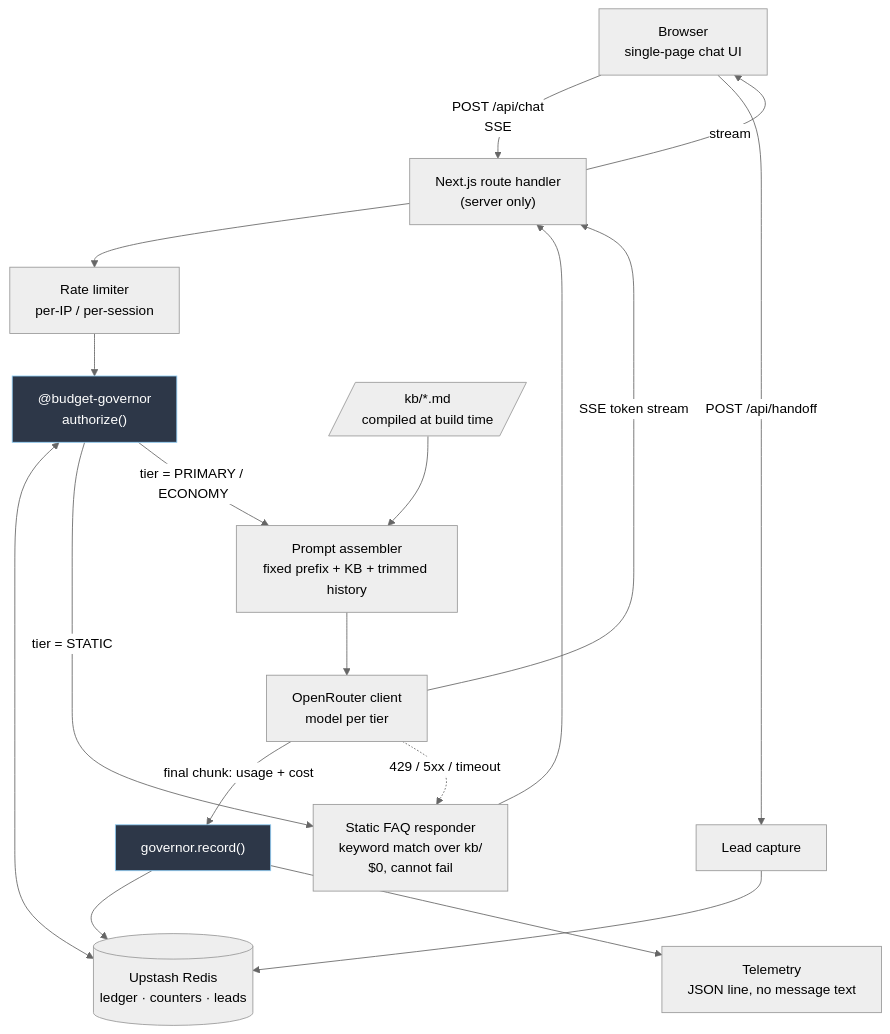
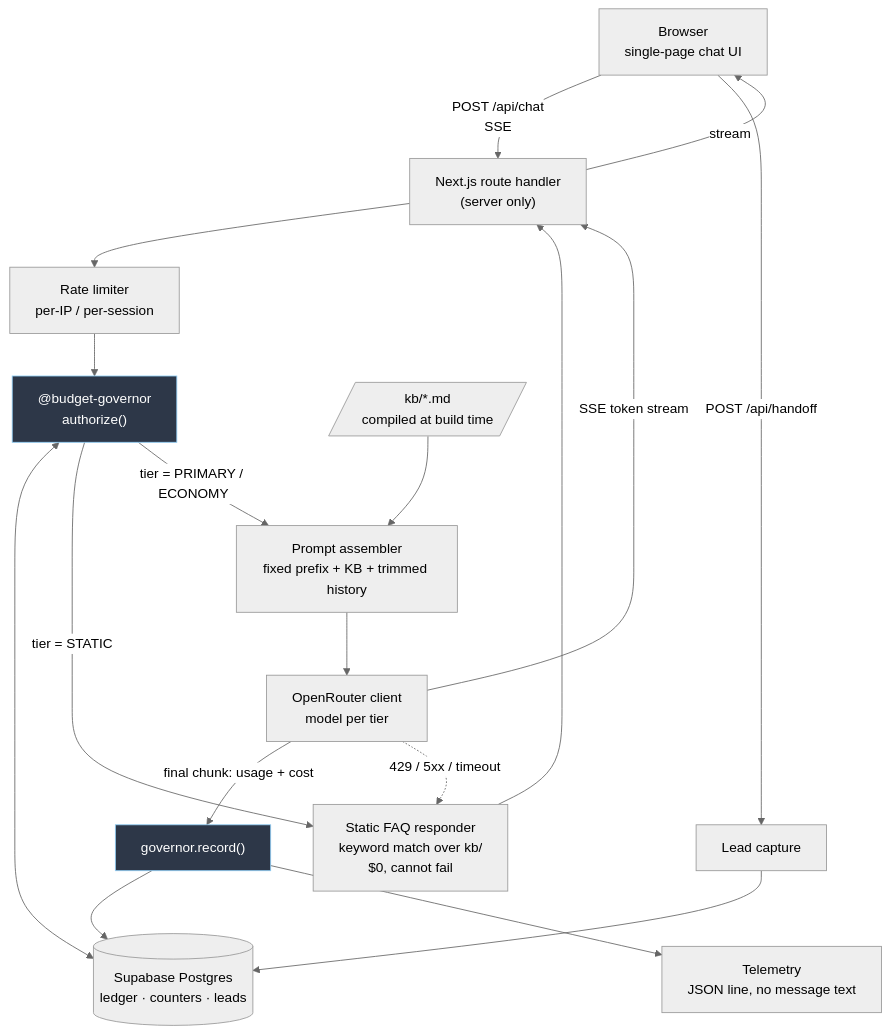
The diagram in docs/architecture.md (codewithpatelo/cai_project), drawn with Mermaid (neutral theme) before and after one commit. The commit also changed other lines of this file and 8 other files, not shown here.

````diff
--- a/docs/architecture.md
+++ b/docs/architecture.md
@@ -69,29 +75,29 @@
 ```mermaid
 flowchart TD
     U["Browser<br/>single-page chat UI"] -->|POST /api/chat<br/>SSE| API["Next.js route handler<br/>(server only)"]
 
     API --> RL["Rate limiter<br/>per-IP / per-session"]
     RL --> GOV["@budget-governor<br/>authorize()"]
-    GOV <--> LED[("Upstash Redis<br/>ledger · counters · leads")]
+    GOV <--> LED[("Supabase Postgres<br/>ledger · counters · leads")]
 
     GOV -->|"tier = STATIC"| STAT["Static FAQ responder<br/>keyword match over kb/<br/>$0, cannot fail"]
     GOV -->|"tier = PRIMARY / ECONOMY"| ASM["Prompt assembler<br/>fixed prefix + KB + trimmed history"]
 
     KB[/"kb/*.md<br/>compiled at build time"/] --> ASM
     ASM --> LLM["OpenRouter client<br/>model per tier"]
     LLM -->|"SSE token stream"| API
     LLM -->|"final chunk: usage + cost"| REC["governor.record()"]
     REC --> LED
     REC --> TEL["Telemetry<br/>JSON line, no message text"]
 
     STAT --> API
     API -->|"stream"| U
 
     U -->|"POST /api/handoff"| HAND["Lead capture"]
     HAND --> LED
 
     LLM -.->|"429 / 5xx / timeout"| STAT
 
     classDef gov fill:#2d3748,stroke:#90cdf4,color:#fff
     class GOV,REC gov
 ```
````
